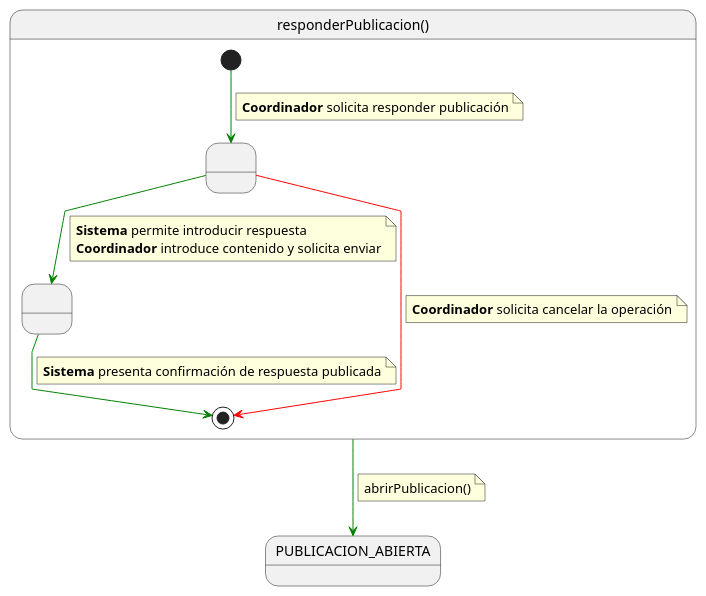
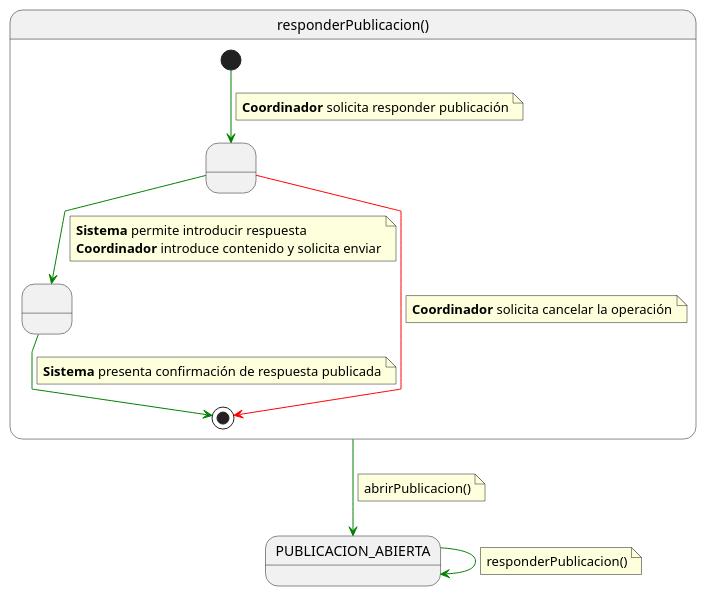
One commit to 31Diego/25-26-IdSw1-SdR changed the diagram in documentación/CasosDeUso/Detalle/Coordinador/07-publicaciones/responderPublicacion.puml. Above: the diagram before and after it, drawn with PlantUML. The commit also changed 95 other files, not shown here.

```diff
--- a/documentación/CasosDeUso/Detalle/Coordinador/07-publicaciones/responderPublicacion.puml
+++ b/documentación/CasosDeUso/Detalle/Coordinador/07-publicaciones/responderPublicacion.puml
@@ -1,37 +1,42 @@
 @startuml responderPublicacion
 
 skinparam linetype polyline
 
 state responderPublicacion as "responderPublicacion()" {
 
     state " " as IntroduciendoRespuesta
     state " " as RespuestaRegistrada
 
     [*] -[#green]-> IntroduciendoRespuesta
     note on link
     <b>Coordinador</b> solicita responder publicación
     end note
 
     IntroduciendoRespuesta -[#green]-> RespuestaRegistrada
     note on link
     <b>Sistema</b> permite introducir respuesta
     <b>Coordinador</b> introduce contenido y solicita enviar
     end note
 
     IntroduciendoRespuesta -[#red]-> [*]
     note on link
     <b>Coordinador</b> solicita cancelar la operación
     end note
 
     RespuestaRegistrada -[#green]-> [*]
     note on link
     <b>Sistema</b> presenta confirmación de respuesta publicada
     end note
 }
 
+PUBLICACION_ABIERTA -[#green]-> PUBLICACION_ABIERTA
+note on link
+responderPublicacion()
+end note
+
 responderPublicacion -[#green]-> PUBLICACION_ABIERTA
 note on link
 abrirPublicacion()
 end note
 
 @enduml
```
